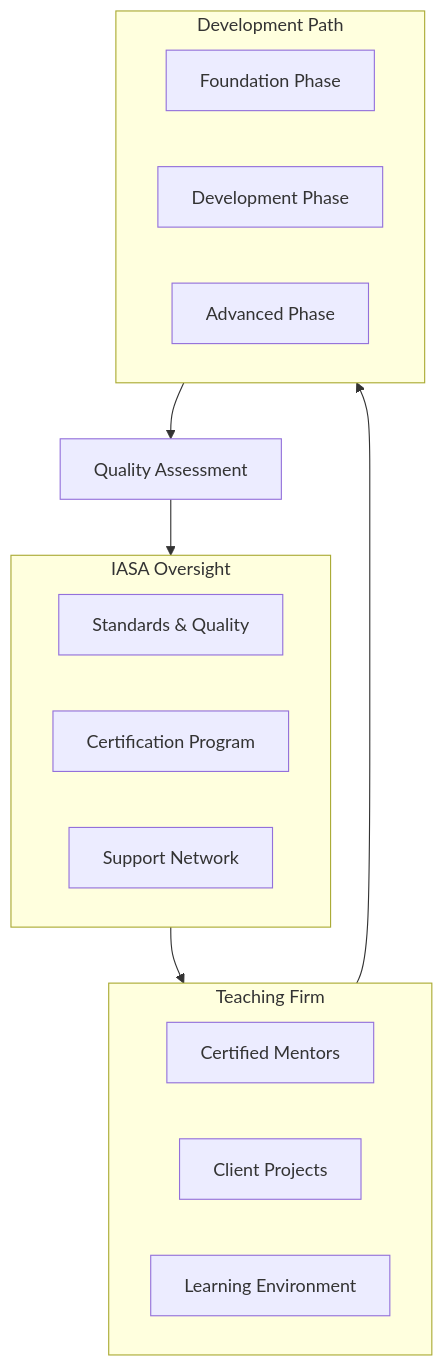
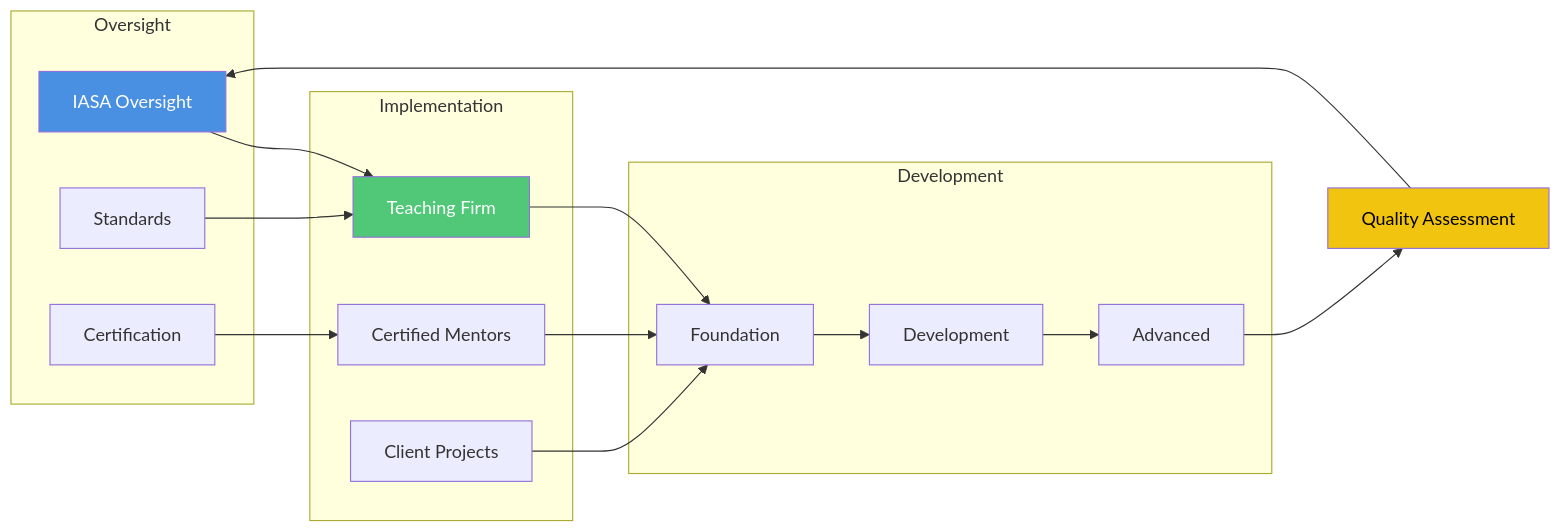
The third of 4 diagrams in teaching-atlas-exec.md (AliceNN-ucdenver/Iasa), drawn with Mermaid before and after one commit.

````diff
--- a/teaching-atlas-exec.md
+++ b/teaching-atlas-exec.md
@@ -70,25 +70,38 @@
 ```mermaid
-flowchart TB
-    subgraph IASA["IASA Oversight"]
-        Standards["Standards & Quality"]
-        Certification["Certification Program"]
-        Support["Support Network"]
+graph LR
+    subgraph Oversight
+        IASA[IASA Oversight]
+        Standards[Standards]
+        Cert[Certification]
     end
+
+    subgraph Implementation
+        Firm[Teaching Firm]
+        Mentors[Certified Mentors]
+        Projects[Client Projects]
+    end
+
+    subgraph Development
+        Phase1[Foundation]
+        Phase2[Development]
+        Phase3[Advanced]
+    end
+
+    IASA --> Firm
+    Standards --> Firm
+    Cert --> Mentors
     
-    subgraph Firm["Teaching Firm"]
-        Mentors["Certified Mentors"]
-        Projects["Client Projects"]
-        Learning["Learning Environment"]
-    end
+    Firm --> Phase1
+    Mentors --> Phase1
+    Projects --> Phase1
     
-    subgraph Development["Development Path"]
-        Foundation["Foundation Phase"]
-        Intermediate["Development Phase"]
-        Advanced["Advanced Phase"]
-    end
+    Phase1 --> Phase2
+    Phase2 --> Phase3
     
-    IASA --> Firm
-    Firm --> Development
-    Development --> Quality["Quality Assessment"]
+    Phase3 --> Quality[Quality Assessment]
     Quality --> IASA
+
+    style IASA fill:#4a90e2,color:white
+    style Firm fill:#50c878,color:white
+    style Quality fill:#f1c40f,color:black
 ```
````
